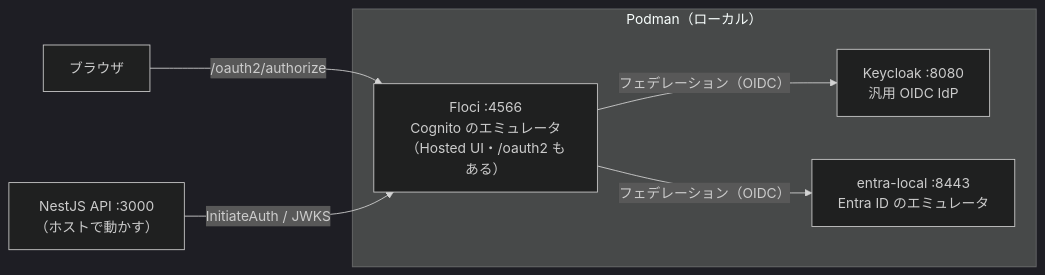
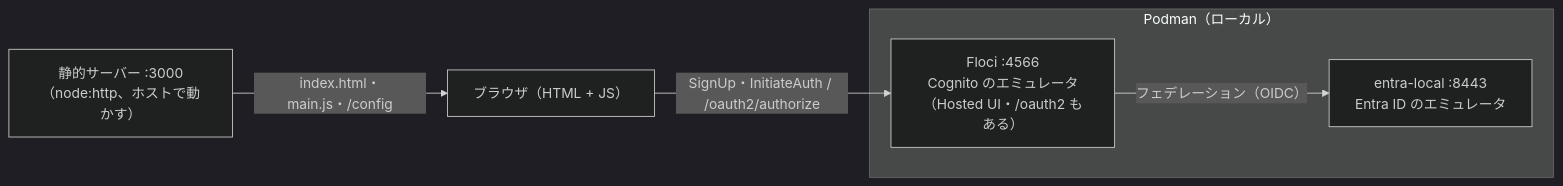
The diagram in OUTLINE.md (seekseep/cognito-entra-id-emulation-handson), drawn with Mermaid (dark theme) before and after one commit. The commit also changed other lines of this file and 488 other files, not shown here.

````diff
--- a/OUTLINE.md
+++ b/OUTLINE.md
@@ -8,14 +8,12 @@
 ```mermaid
 flowchart LR
   subgraph Podman["Podman（ローカル）"]
     floci["Floci :4566<br/>Cognito のエミュレータ<br/>（Hosted UI・/oauth2 もある）"]
-    kc["Keycloak :8080<br/>汎用 OIDC IdP"]
     el["entra-local :8443<br/>Entra ID のエミュレータ"]
   end
-  api["NestJS API :3000<br/>（ホストで動かす）"]
-  browser["ブラウザ"]
-  browser -- "/oauth2/authorize" --> floci
-  floci -- "フェデレーション（OIDC）" --> kc
+  server["静的サーバー :3000<br/>（node:http、ホストで動かす）"]
+  browser["ブラウザ（HTML + JS）"]
+  server -- "index.html・main.js・/config" --> browser
+  browser -- "SignUp・InitiateAuth / /oauth2/authorize" --> floci
   floci -- "フェデレーション（OIDC）" --> el
-  api -- "InitiateAuth / JWKS" --> floci
 ```
````
